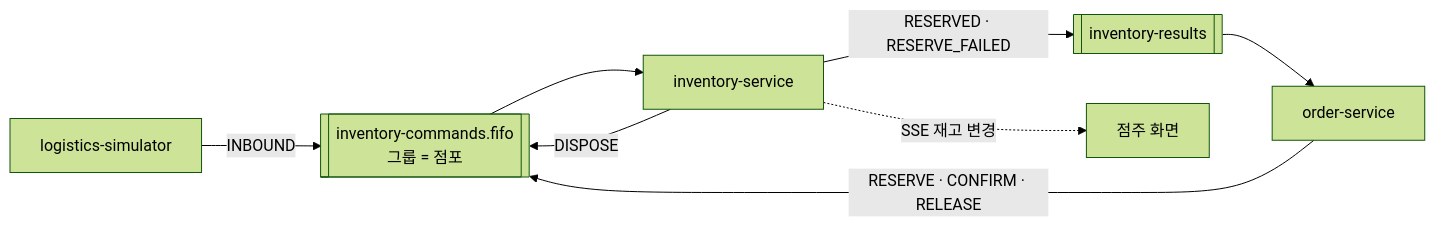
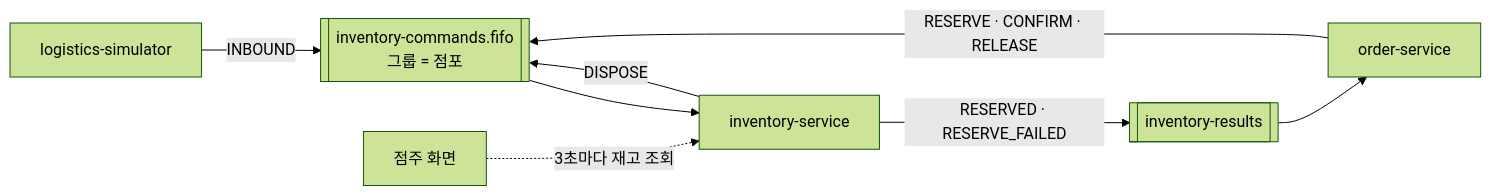
One commit to sesac-freshlink/inventory-service changed the diagram in README.md. Above: the diagram before and after it, drawn with Mermaid (forest theme). The commit also changed other lines of this file and 2 other files, not shown here.

Commit message:
docs: 실시간 재고를 3초 폴링 기준으로 정리 (SSE 문구 삭제)

````diff
--- a/README.md
+++ b/README.md
@@ -29,10 +29,10 @@
 ```mermaid
 flowchart LR
     SIM["logistics-simulator"] -- "INBOUND" --> Q1[["inventory-commands.fifo<br/>그룹 = 점포"]]
     ORD["order-service"] -- "RESERVE · CONFIRM · RELEASE" --> Q1
     INV -- "DISPOSE" --> Q1
     Q1 --> INV["inventory-service"]
     INV -- "RESERVED · RESERVE_FAILED" --> Q2[["inventory-results"]]
     Q2 --> ORD
-    INV -. "SSE 재고 변경" .-> OW["점주 화면"]
+    OW["점주 화면"] -. "3초마다 재고 조회" .-> INV
 ```
````
